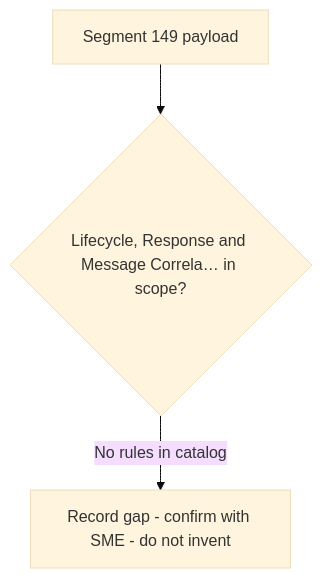
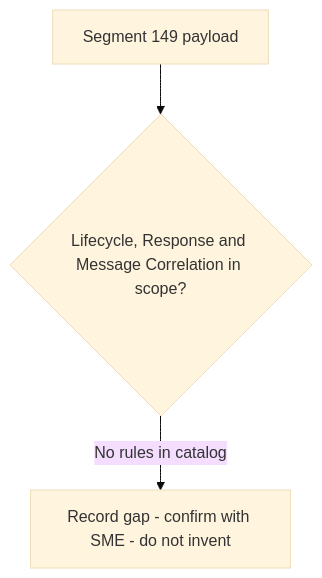
Before and after one commit to DhanSingh-hub/core-auth-ai-validation-framework: the diagram in regression-artifact-validator/specifications/ATL105/docs/specs/kb/segment-149/lifecycle-response-correlation-flow.md, drawn with Mermaid (base theme). The commit also changed 150 other files, not shown here.

````diff
--- a/regression-artifact-validator/specifications/ATL105/docs/specs/kb/segment-149/lifecycle-response-correlation-flow.md
+++ b/regression-artifact-validator/specifications/ATL105/docs/specs/kb/segment-149/lifecycle-response-correlation-flow.md
@@ -3,5 +3,5 @@
 ```mermaid
 flowchart TD
-    A[Segment 149 payload] --> B{Lifecycle, Response and Message Correla… in scope?}
+    A[Segment 149 payload] --> B{Lifecycle, Response and Message Correlation in scope?}
     B -->|No rules in catalog| G[Record gap - confirm with SME - do not invent]
 ```
````
